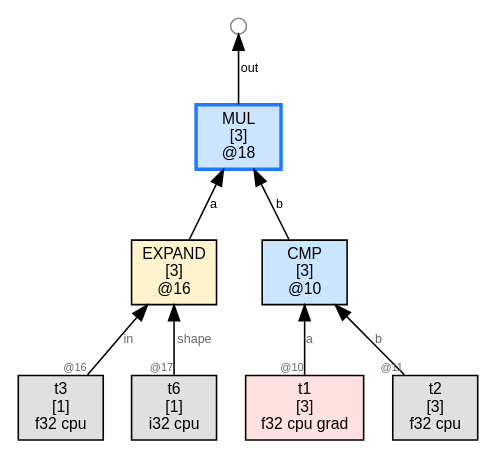
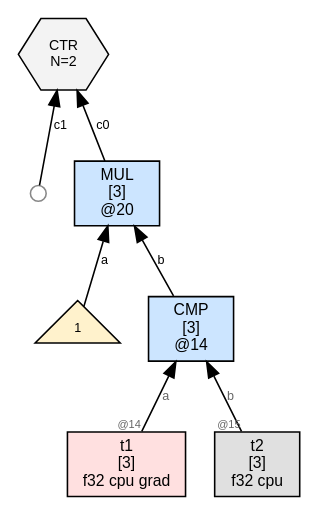
The diagram in wl/examples/thvm_graphs/grad_rules/max/thvm_2_post_sweep.dot (sw1sh/TinyHVM), drawn with Graphviz before and after one commit. The commit also changed 184 other files, not shown here.

First line of the commit message:
grad: NUM(1) seed; CTR consumer; STOP_AFTER_SWEEP; keep ADD intermediate

```diff
--- a/wl/examples/thvm_graphs/grad_rules/max/thvm_2_post_sweep.dot
+++ b/wl/examples/thvm_graphs/grad_rules/max/thvm_2_post_sweep.dot
@@ -1,21 +1,19 @@
 digraph G {
   rankdir=BT;
   node [fontname="Helvetica", fontsize=10, style=filled, shape=box, margin="0.1,0.05"];
   edge [fontsize=8, fontname="Helvetica"];
 
-  n18 [label="MUL\n[3]\n@18", shape=box, fillcolor="#cce5ff",color="#1f78ff",penwidth=2.2];
-  n16 -> n18 [label="a"];
-  n10 -> n18 [label="b"];
-  free18_1000 [label="",shape=circle,width=0.14,height=0.14,fixedsize=true,fillcolor="#ffffff",color="#888888",fontsize=1];
-  n18 -> free18_1000 [label="out"];
-  n16 [label="EXPAND\n[3]\n@16", shape=box, fillcolor="#fff3cd"];
-  t3 [label="t3\n[1]\nf32 cpu",shape=box,fillcolor="#e0e0e0"];
-  t3 -> n16 [label="in",taillabel="@16",labelfontsize=7,fontcolor="#666666"];
-  t6 [label="t6\n[1]\ni32 cpu",shape=box,fillcolor="#e0e0e0"];
-  t6 -> n16 [label="shape",taillabel="@17",labelfontsize=7,fontcolor="#666666"];
-  n10 [label="CMP\n[3]\n@10", shape=box, fillcolor="#cce5ff"];
+  n20 [label="MUL\n[3]\n@20", shape=box, fillcolor="#cce5ff"];
+  num20_0 [label="1",shape=triangle,fillcolor="#fff2cc",fontsize=8];
+  num20_0 -> n20 [label="a"];
+  n14 -> n20 [label="b"];
+  ctr7 [label="CTR\nN=2", shape=hexagon, fillcolor="#f3f3f3", fontsize=9];
+  n20 -> ctr7 [label="c0"];
+  free7_1 [label="",shape=circle,width=0.14,height=0.14,fixedsize=true,fillcolor="#ffffff",color="#888888",fontsize=1];
+  free7_1 -> ctr7 [label="c1"];
+  n14 [label="CMP\n[3]\n@14", shape=box, fillcolor="#cce5ff"];
   t1 [label="t1\n[3]\nf32 cpu grad",shape=box,fillcolor="#ffe0e0"];
-  t1 -> n10 [label="a",taillabel="@10",labelfontsize=7,fontcolor="#666666"];
+  t1 -> n14 [label="a",taillabel="@14",labelfontsize=7,fontcolor="#666666"];
   t2 [label="t2\n[3]\nf32 cpu",shape=box,fillcolor="#e0e0e0"];
-  t2 -> n10 [label="b",taillabel="@11",labelfontsize=7,fontcolor="#666666"];
+  t2 -> n14 [label="b",taillabel="@15",labelfontsize=7,fontcolor="#666666"];
 }
```
